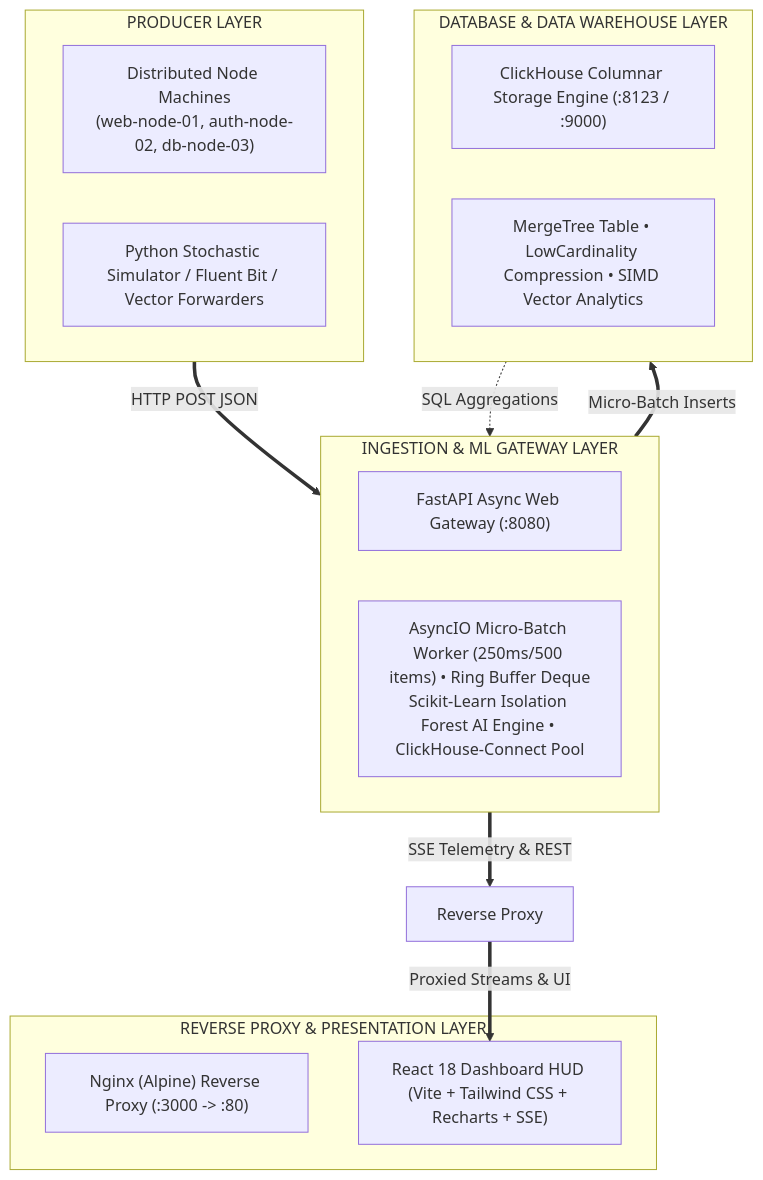
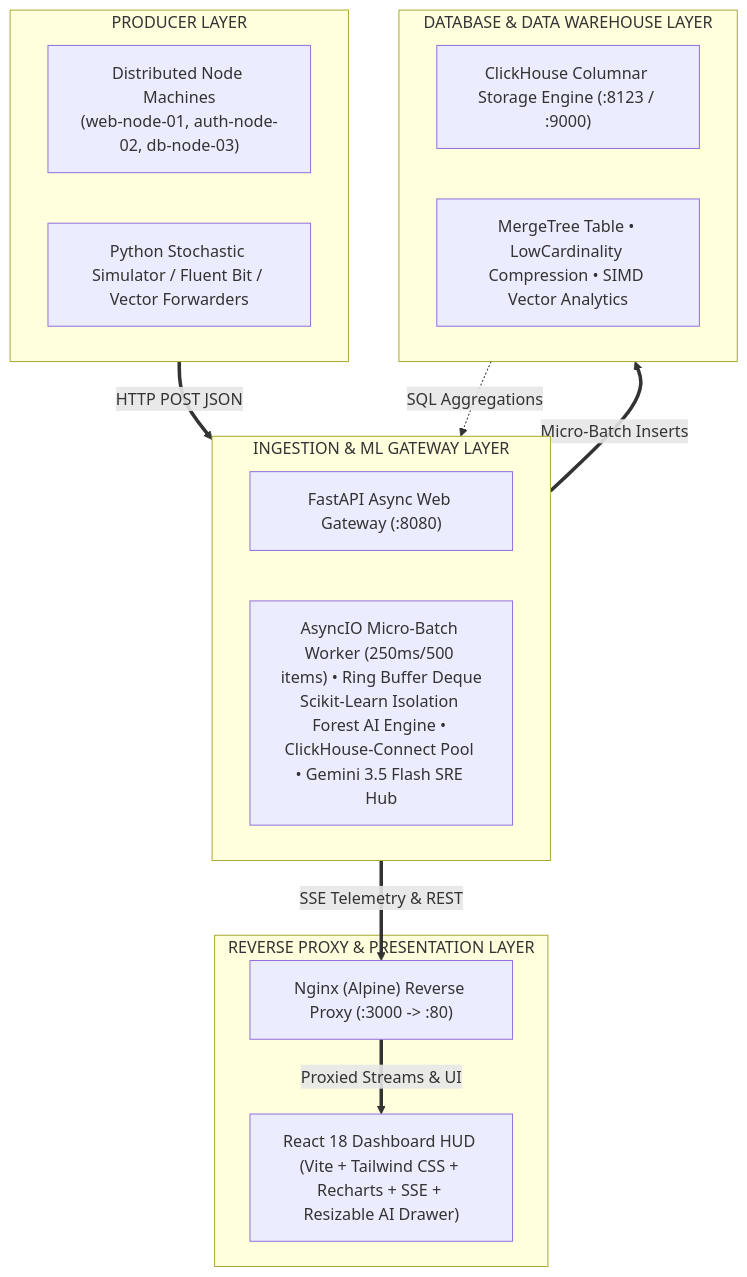
The second of 3 diagrams in README.md (Froglodyte/SIH_Internal), drawn with Mermaid before and after one commit. The commit also changed other lines of this file, not shown here.

````diff
--- a/README.md
+++ b/README.md
@@ -135,28 +158,28 @@
 ```mermaid
 flowchart TB
     subgraph TIER1["PRODUCER LAYER"]
         L1["Distributed Node Machines<br/>(web-node-01, auth-node-02, db-node-03)"]
         L1_TOOL["Python Stochastic Simulator / Fluent Bit / Vector Forwarders"]
     end
 
     subgraph TIER2["INGESTION & ML GATEWAY LAYER"]
         L2["FastAPI Async Web Gateway (:8080)"]
-        L2_FEAT["AsyncIO Micro-Batch Worker (250ms/500 items) • Ring Buffer Deque<br/>Scikit-Learn Isolation Forest AI Engine • ClickHouse-Connect Pool"]
+        L2_FEAT["AsyncIO Micro-Batch Worker (250ms/500 items) • Ring Buffer Deque<br/>Scikit-Learn Isolation Forest AI Engine • ClickHouse-Connect Pool • Gemini 3.5 Flash SRE Hub"]
     end
 
     subgraph TIER3["DATABASE & DATA WAREHOUSE LAYER"]
         L3["ClickHouse Columnar Storage Engine (:8123 / :9000)"]
         L3_FEAT["MergeTree Table • LowCardinality Compression • SIMD Vector Analytics"]
     end
 
     subgraph TIER4["REVERSE PROXY & PRESENTATION LAYER"]
         L4["Nginx (Alpine) Reverse Proxy (:3000 -> :80)"]
-        L5["React 18 Dashboard HUD (Vite + Tailwind CSS + Recharts + SSE)"]
+        L5["React 18 Dashboard HUD (Vite + Tailwind CSS + Recharts + SSE + Resizable AI Drawer)"]
     end
 
     TIER1 ==>|HTTP POST JSON| TIER2
     TIER2 ==>|Micro-Batch Inserts| TIER3
     TIER3 -.->|SQL Aggregations| TIER2
-    TIER2 ==>|SSE Telemetry & REST| T4["Reverse Proxy"]
-    T4 ==>|Proxied Streams & UI| L5
+    TIER2 ==>|SSE Telemetry & REST| L4
+    L4 ==>|Proxied Streams & UI| L5
 ```
````
